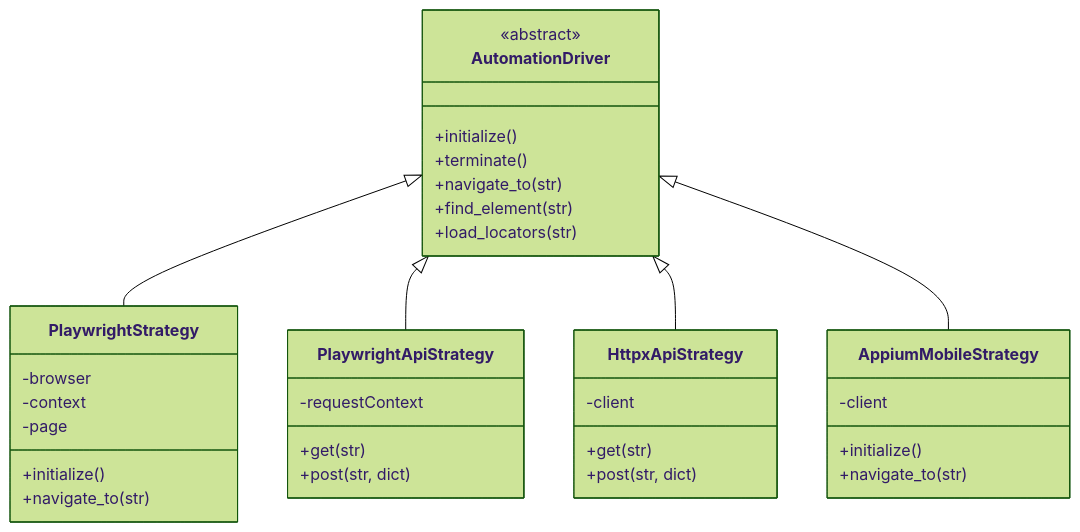
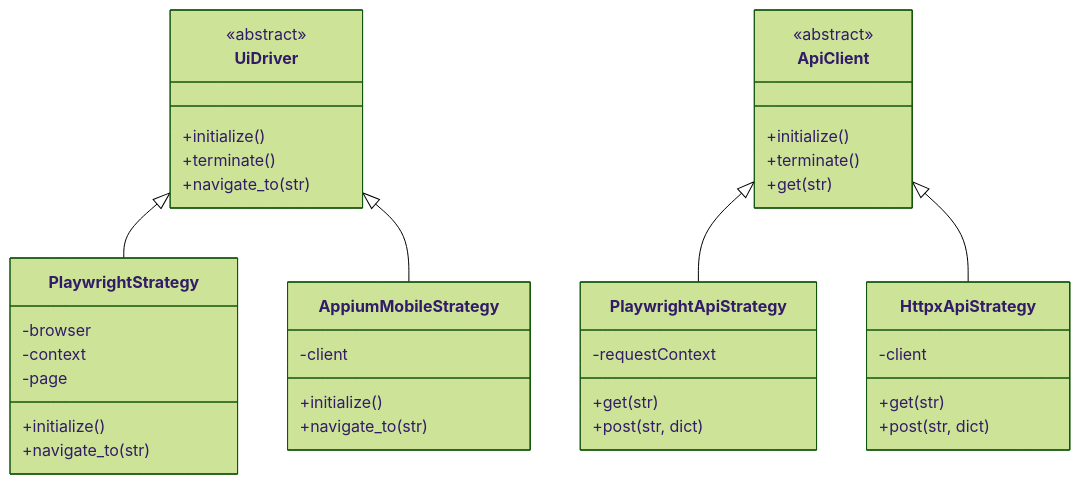
One commit to vinipx/TAFLEX-PY changed the second of 4 diagrams in docs/docs/architecture/overview.md. Above: the diagram before and after it, drawn with Mermaid (forest theme). The commit also changed other lines of this file and 35 other files, not shown here.

````diff
--- a/docs/docs/architecture/overview.md
+++ b/docs/docs/architecture/overview.md
@@ -85,42 +85,46 @@
 ```mermaid
 classDiagram
-    class AutomationDriver {
+    class UiDriver {
         <<abstract>>
         +initialize()
         +terminate()
         +navigate_to(str)
-        +find_element(str)
-        +load_locators(str)
+    }
+    class ApiClient {
+        <<abstract>>
+        +initialize()
+        +terminate()
+        +get(str)
     }
 
     class PlaywrightStrategy {
         -browser
         -context
         -page
         +initialize()
         +navigate_to(str)
     }
 
     class PlaywrightApiStrategy {
         -requestContext
         +get(str)
         +post(str, dict)
     }
 
     class AppiumMobileStrategy {
         -client
         +initialize()
         +navigate_to(str)
     }
 
     class HttpxApiStrategy {
         -client
         +get(str)
         +post(str, dict)
     }
 
-    AutomationDriver <|-- PlaywrightStrategy
-    AutomationDriver <|-- PlaywrightApiStrategy
-    AutomationDriver <|-- HttpxApiStrategy
-    AutomationDriver <|-- AppiumMobileStrategy
+    UiDriver <|-- PlaywrightStrategy
+    ApiClient <|-- PlaywrightApiStrategy
+    ApiClient <|-- HttpxApiStrategy
+    UiDriver <|-- AppiumMobileStrategy
 ```
````
